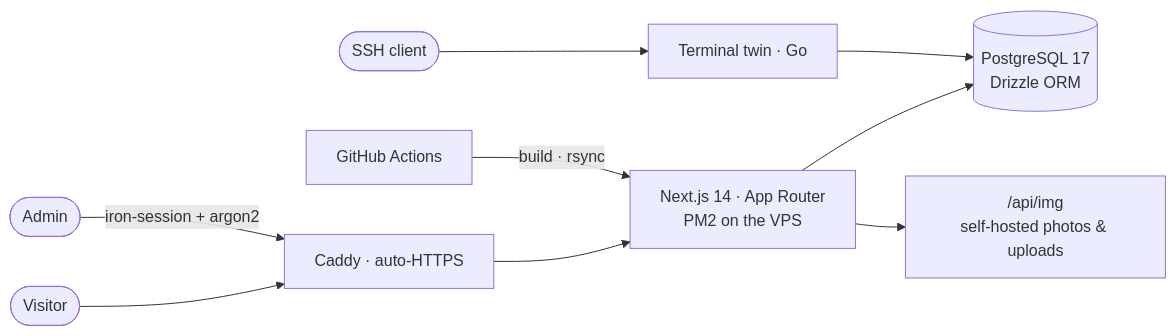
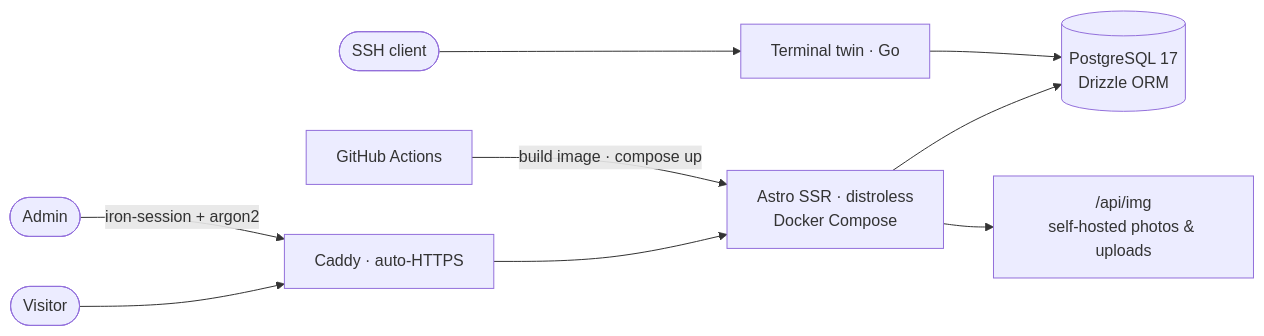
The diagram in README.md (furkanunsalan/furkanunsalan.dev), drawn with Mermaid before and after one commit. The commit also changed other lines of this file and 4 other files, not shown here.

Commit message:
docs: rewrite README for the Astro/compose stack; resync lockfile; ignore vendored JS in language stats

````diff
--- a/README.md
+++ b/README.md
@@ -40,11 +41,11 @@
 ```mermaid
 flowchart LR
   visitor([Visitor]) --> caddy["Caddy · auto-HTTPS"]
   admin([Admin]) -->|iron-session + argon2| caddy
-  caddy --> web["Next.js 14 · App Router<br/>PM2 on the VPS"]
+  caddy --> web["Astro SSR · distroless<br/>Docker Compose"]
   web --> pg[("PostgreSQL 17<br/>Drizzle ORM")]
   web --> img["/api/img<br/>self-hosted photos & uploads"]
   ssh([SSH client]) --> twin["Terminal twin · Go"]
   twin --> pg
-  gh["GitHub Actions"] -->|build · rsync| web
+  gh["GitHub Actions"] -->|build image · compose up| web
 ```
````
